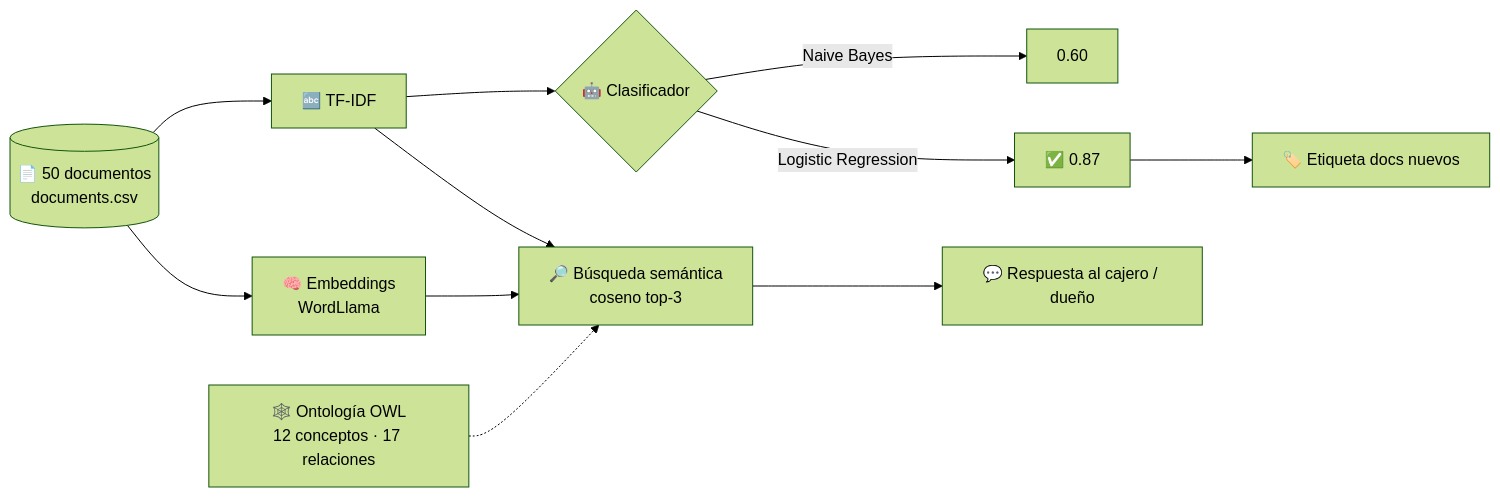
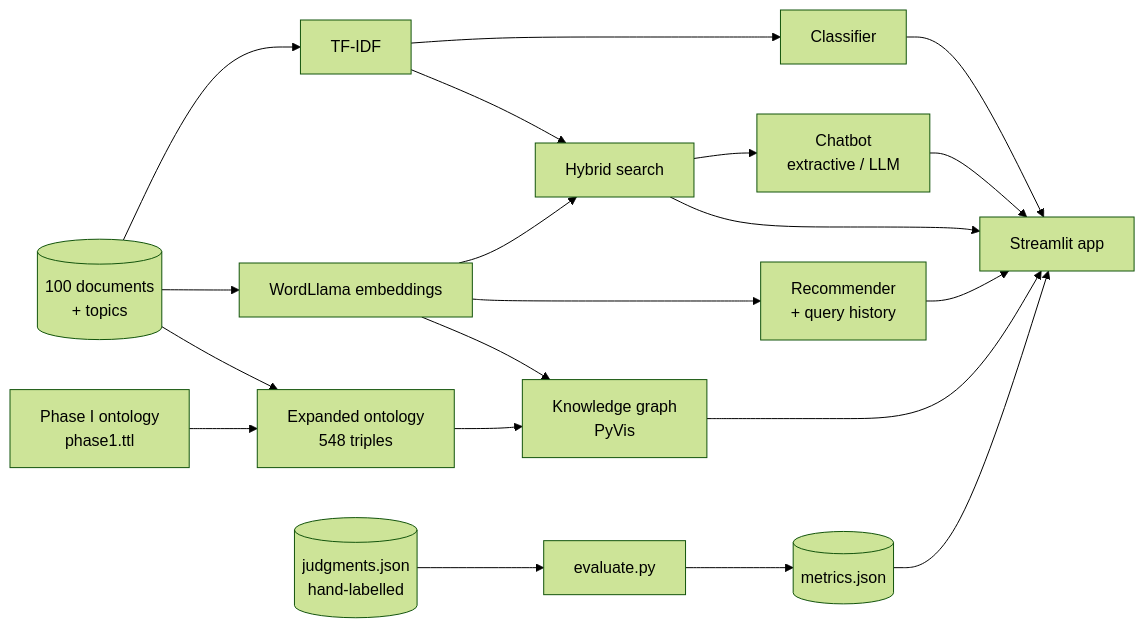
One commit to C0z1/la-nube-gestion-conocimiento changed the diagram in README.md. Above: the diagram before and after it, drawn with Mermaid (forest theme). The commit also changed other lines of this file and 34 other files, not shown here.

First line of the commit message:
Phase 3: integrated Streamlit knowledge assistant

````diff
--- a/README.md
+++ b/README.md
@@ -34,12 +26,15 @@
 ```mermaid
 flowchart LR
-    A[(📄 50 documentos<br/>documents.csv)] --> B[🔤 TF-IDF]
-    B --> C{🤖 Clasificador}
-    C -->|Naive Bayes| C1[0.60]
-    C -->|Logistic Regression| C2[✅ 0.87]
-    B --> D[🔎 Búsqueda semántica<br/>coseno top-3]
-    A --> G[🧠 Embeddings<br/>WordLlama] --> D
-    O[🕸️ Ontología OWL<br/>12 conceptos · 17 relaciones] -.-> D
-    C2 --> E[🏷️ Etiqueta docs nuevos]
-    D --> F[💬 Respuesta al cajero / dueño]
+    CSV[(100 documents<br/>+ topics)] --> TF[TF-IDF]
+    CSV --> EMB[WordLlama embeddings]
+    TTL[Phase I ontology<br/>phase1.ttl] --> ONT[Expanded ontology<br/>548 triples]
+    CSV --> ONT
+    TF --> CLF[Classifier]
+    TF & EMB --> SRCH[Hybrid search]
+    EMB --> REC[Recommender<br/>+ query history]
+    SRCH --> BOT[Chatbot<br/>extractive / LLM]
+    ONT --> G[Knowledge graph<br/>PyVis]
+    EMB --> G
+    CLF & SRCH & REC & BOT & G --> APP[Streamlit app]
+    J[(judgments.json<br/>hand-labelled)] --> EV[evaluate.py] --> M[(metrics.json)] --> APP
 ```
````
